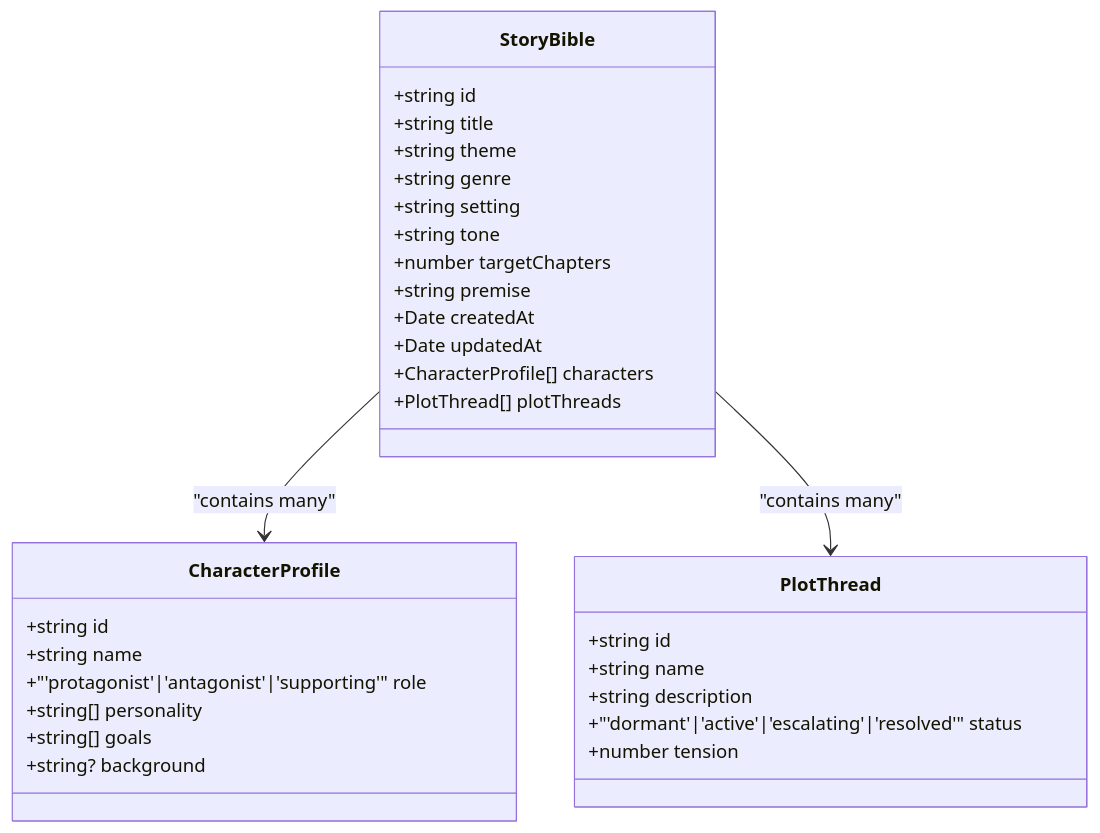
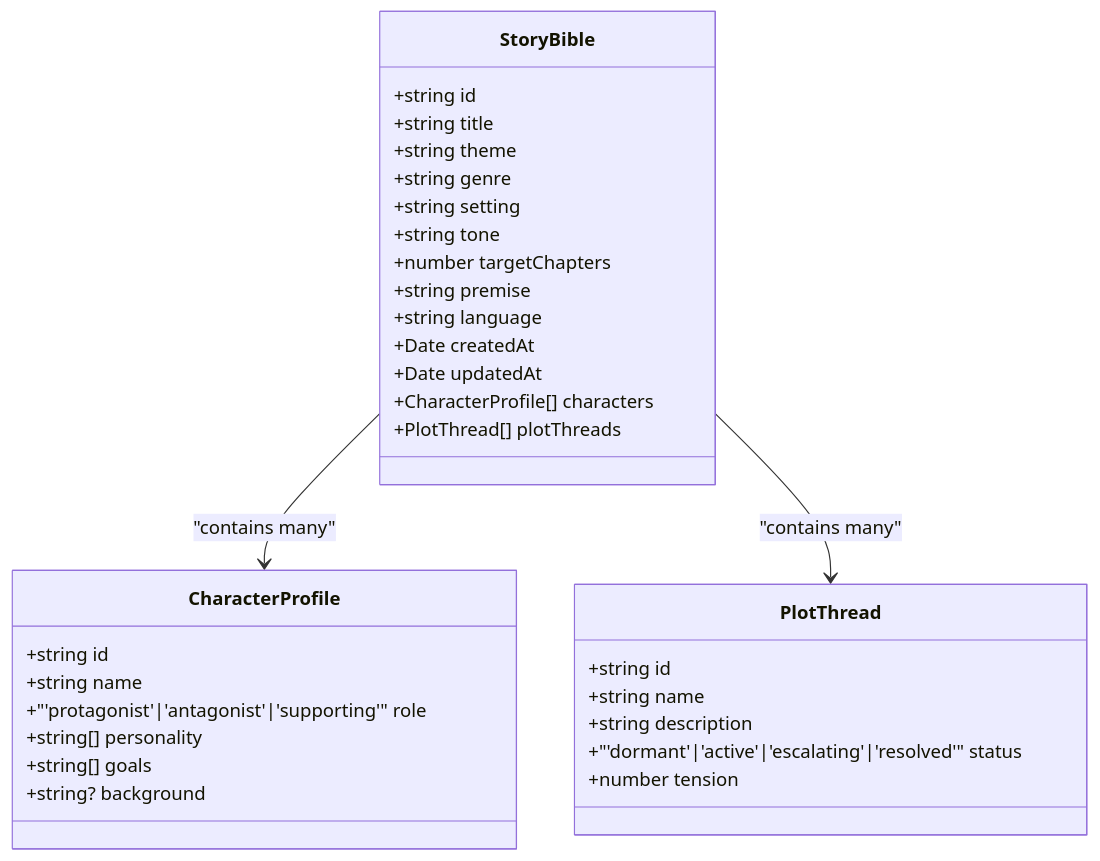
Before and after one commit to liwonder/NARRITIVE_OS: the third of 13 diagrams in .qoder/repowiki/en/content/Story Management System/Story Bible Management.md, drawn with Mermaid. The commit also changed other lines of this file and 10 other files, not shown here.

````diff
--- a/.qoder/repowiki/en/content/Story Management System/Story Bible Management.md
+++ b/.qoder/repowiki/en/content/Story Management System/Story Bible Management.md
@@ -147,34 +163,35 @@
 ```mermaid
 classDiagram
 class StoryBible {
 +string id
 +string title
 +string theme
 +string genre
 +string setting
 +string tone
 +number targetChapters
 +string premise
++string language
 +Date createdAt
 +Date updatedAt
 +CharacterProfile[] characters
 +PlotThread[] plotThreads
 }
 class CharacterProfile {
 +string id
 +string name
 +"'protagonist'|'antagonist'|'supporting'" role
 +string[] personality
 +string[] goals
 +string? background
 }
 class PlotThread {
 +string id
 +string name
 +string description
 +"'dormant'|'active'|'escalating'|'resolved'" status
 +number tension
 }
 StoryBible --> CharacterProfile : "contains many"
 StoryBible --> PlotThread : "contains many"
 ```
````
